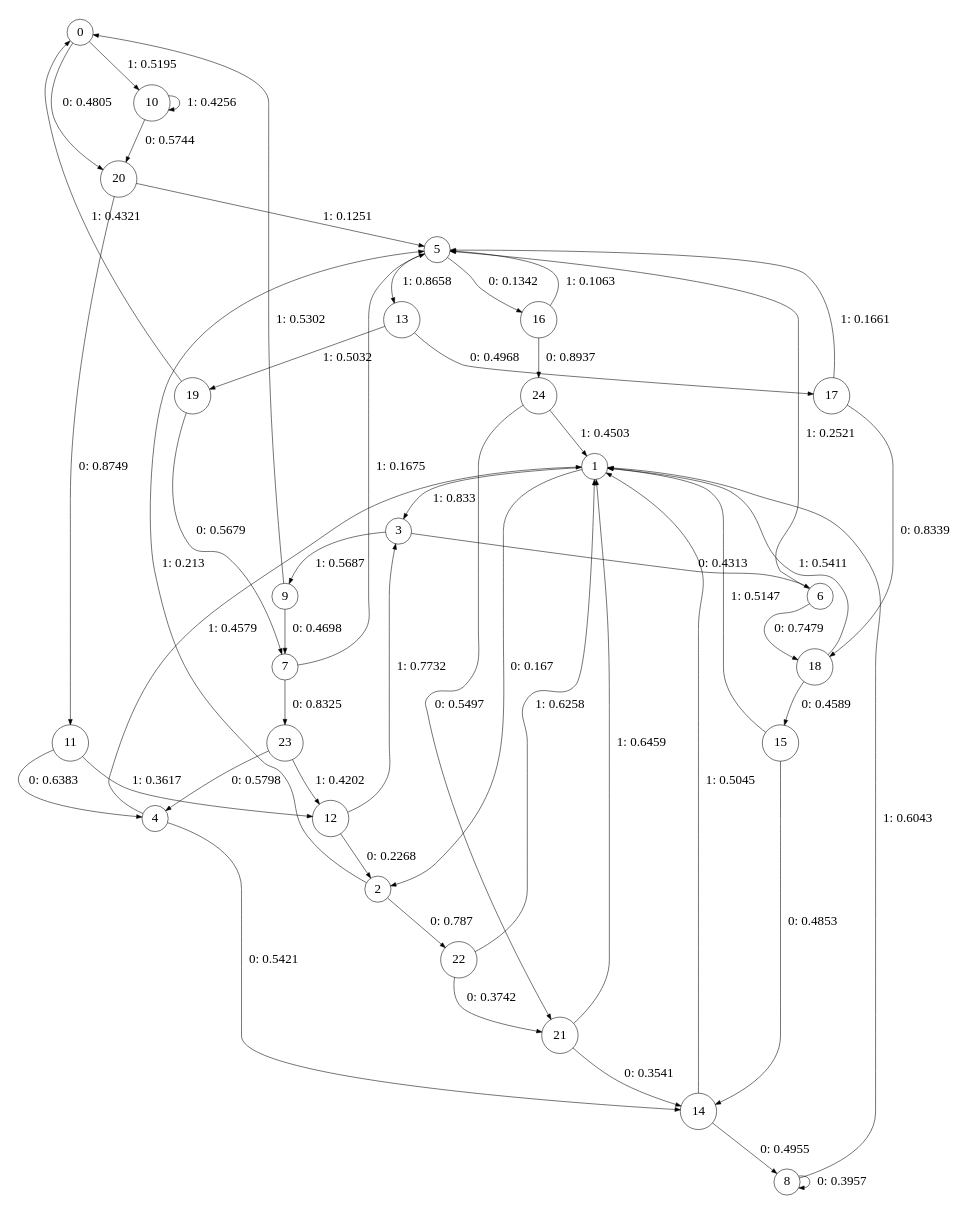
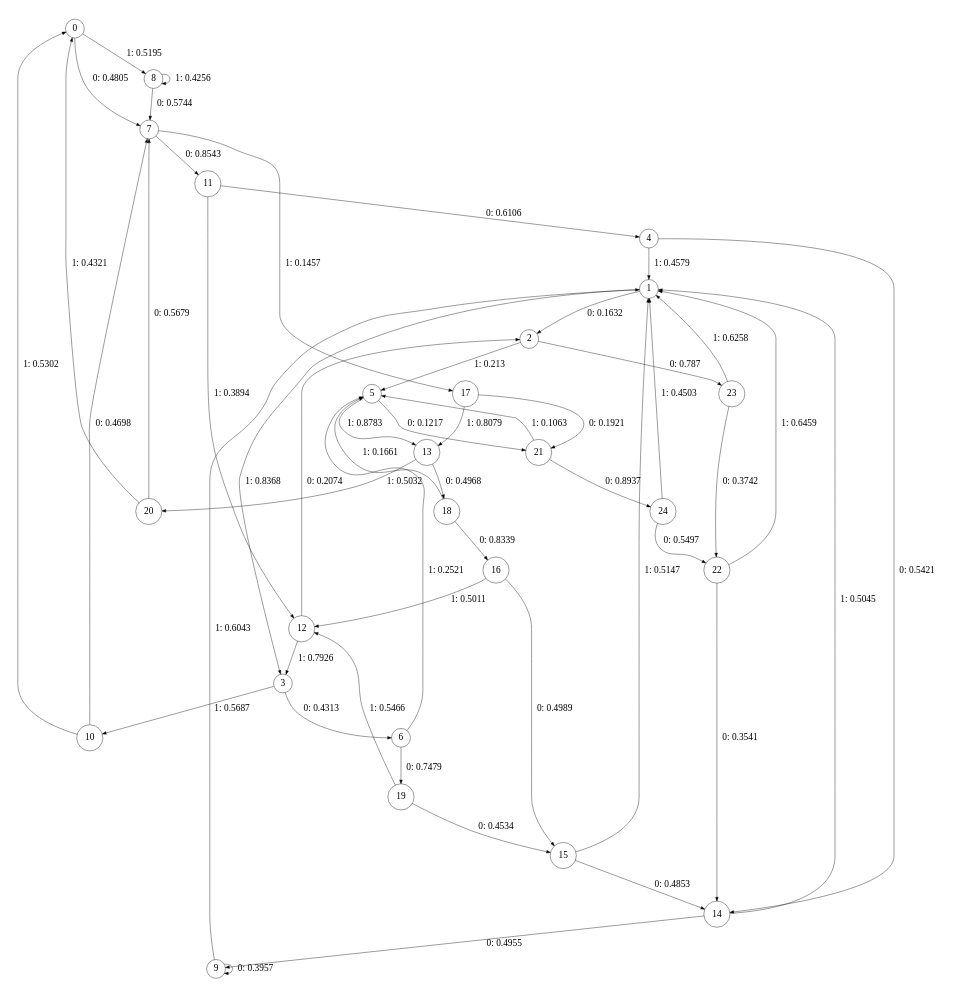
The diagram in cssr data/derivative split/phase 1/ch1faceL6_inf.dot (juliapaterson/summerproject), drawn with Graphviz before and after one commit. The commit also changed 1436 other files, not shown here.

```diff
--- a/cssr data/derivative split/phase 1/ch1faceL6_inf.dot
+++ b/cssr data/derivative split/phase 1/ch1faceL6_inf.dot
@@ -1,57 +1,57 @@
 digraph "ch1faceL6" {
 size = "6,8.5";
 ratio = "fill";
 node [shape = circle];
 node [fontsize = 24];
 edge [fontsize = 24];
-0 -> 20 [label = "0: 0.4805   "];
-0 -> 10 [label = "1: 0.5195   "];
-1 -> 2 [label = "0: 0.167    "];
-1 -> 3 [label = "1: 0.833    "];
-2 -> 22 [label = "0: 0.787    "];
+0 -> 7 [label = "0: 0.4805   "];
+0 -> 8 [label = "1: 0.5195   "];
+1 -> 2 [label = "0: 0.1632   "];
+1 -> 3 [label = "1: 0.8368   "];
+2 -> 23 [label = "0: 0.787    "];
 2 -> 5 [label = "1: 0.213    "];
 3 -> 6 [label = "0: 0.4313   "];
-3 -> 9 [label = "1: 0.5687   "];
+3 -> 10 [label = "1: 0.5687   "];
 4 -> 14 [label = "0: 0.5421   "];
 4 -> 1 [label = "1: 0.4579   "];
-5 -> 16 [label = "0: 0.1342   "];
-5 -> 13 [label = "1: 0.8658   "];
-6 -> 18 [label = "0: 0.7479   "];
+5 -> 21 [label = "0: 0.1217   "];
+5 -> 13 [label = "1: 0.8783   "];
+6 -> 19 [label = "0: 0.7479   "];
 6 -> 5 [label = "1: 0.2521   "];
-7 -> 23 [label = "0: 0.8325   "];
-7 -> 5 [label = "1: 0.1675   "];
-8 -> 8 [label = "0: 0.3957   "];
-8 -> 1 [label = "1: 0.6043   "];
-9 -> 7 [label = "0: 0.4698   "];
-9 -> 0 [label = "1: 0.5302   "];
-10 -> 20 [label = "0: 0.5744   "];
-10 -> 10 [label = "1: 0.4256   "];
-11 -> 4 [label = "0: 0.6383   "];
-11 -> 12 [label = "1: 0.3617   "];
-12 -> 2 [label = "0: 0.2268   "];
-12 -> 3 [label = "1: 0.7732   "];
-13 -> 17 [label = "0: 0.4968   "];
-13 -> 19 [label = "1: 0.5032   "];
-14 -> 8 [label = "0: 0.4955   "];
+7 -> 11 [label = "0: 0.8543   "];
+7 -> 17 [label = "1: 0.1457   "];
+8 -> 7 [label = "0: 0.5744   "];
+8 -> 8 [label = "1: 0.4256   "];
+9 -> 9 [label = "0: 0.3957   "];
+9 -> 1 [label = "1: 0.6043   "];
+10 -> 7 [label = "0: 0.4698   "];
+10 -> 0 [label = "1: 0.5302   "];
+11 -> 4 [label = "0: 0.6106   "];
+11 -> 12 [label = "1: 0.3894   "];
+12 -> 2 [label = "0: 0.2074   "];
+12 -> 3 [label = "1: 0.7926   "];
+13 -> 18 [label = "0: 0.4968   "];
+13 -> 20 [label = "1: 0.5032   "];
+14 -> 9 [label = "0: 0.4955   "];
 14 -> 1 [label = "1: 0.5045   "];
 15 -> 14 [label = "0: 0.4853   "];
 15 -> 1 [label = "1: 0.5147   "];
-16 -> 24 [label = "0: 0.8937   "];
-16 -> 5 [label = "1: 0.1063   "];
-17 -> 18 [label = "0: 0.8339   "];
-17 -> 5 [label = "1: 0.1661   "];
-18 -> 15 [label = "0: 0.4589   "];
-18 -> 1 [label = "1: 0.5411   "];
-19 -> 7 [label = "0: 0.5679   "];
-19 -> 0 [label = "1: 0.4321   "];
-20 -> 11 [label = "0: 0.8749   "];
-20 -> 5 [label = "1: 0.1251   "];
-21 -> 14 [label = "0: 0.3541   "];
-21 -> 1 [label = "1: 0.6459   "];
-22 -> 21 [label = "0: 0.3742   "];
-22 -> 1 [label = "1: 0.6258   "];
-23 -> 4 [label = "0: 0.5798   "];
-23 -> 12 [label = "1: 0.4202   "];
-24 -> 21 [label = "0: 0.5497   "];
+16 -> 15 [label = "0: 0.4989   "];
+16 -> 12 [label = "1: 0.5011   "];
+17 -> 21 [label = "0: 0.1921   "];
+17 -> 13 [label = "1: 0.8079   "];
+18 -> 16 [label = "0: 0.8339   "];
+18 -> 5 [label = "1: 0.1661   "];
+19 -> 15 [label = "0: 0.4534   "];
+19 -> 12 [label = "1: 0.5466   "];
+20 -> 7 [label = "0: 0.5679   "];
+20 -> 0 [label = "1: 0.4321   "];
+21 -> 24 [label = "0: 0.8937   "];
+21 -> 5 [label = "1: 0.1063   "];
+22 -> 14 [label = "0: 0.3541   "];
+22 -> 1 [label = "1: 0.6459   "];
+23 -> 22 [label = "0: 0.3742   "];
+23 -> 1 [label = "1: 0.6258   "];
+24 -> 22 [label = "0: 0.5497   "];
 24 -> 1 [label = "1: 0.4503   "];
 }
```
